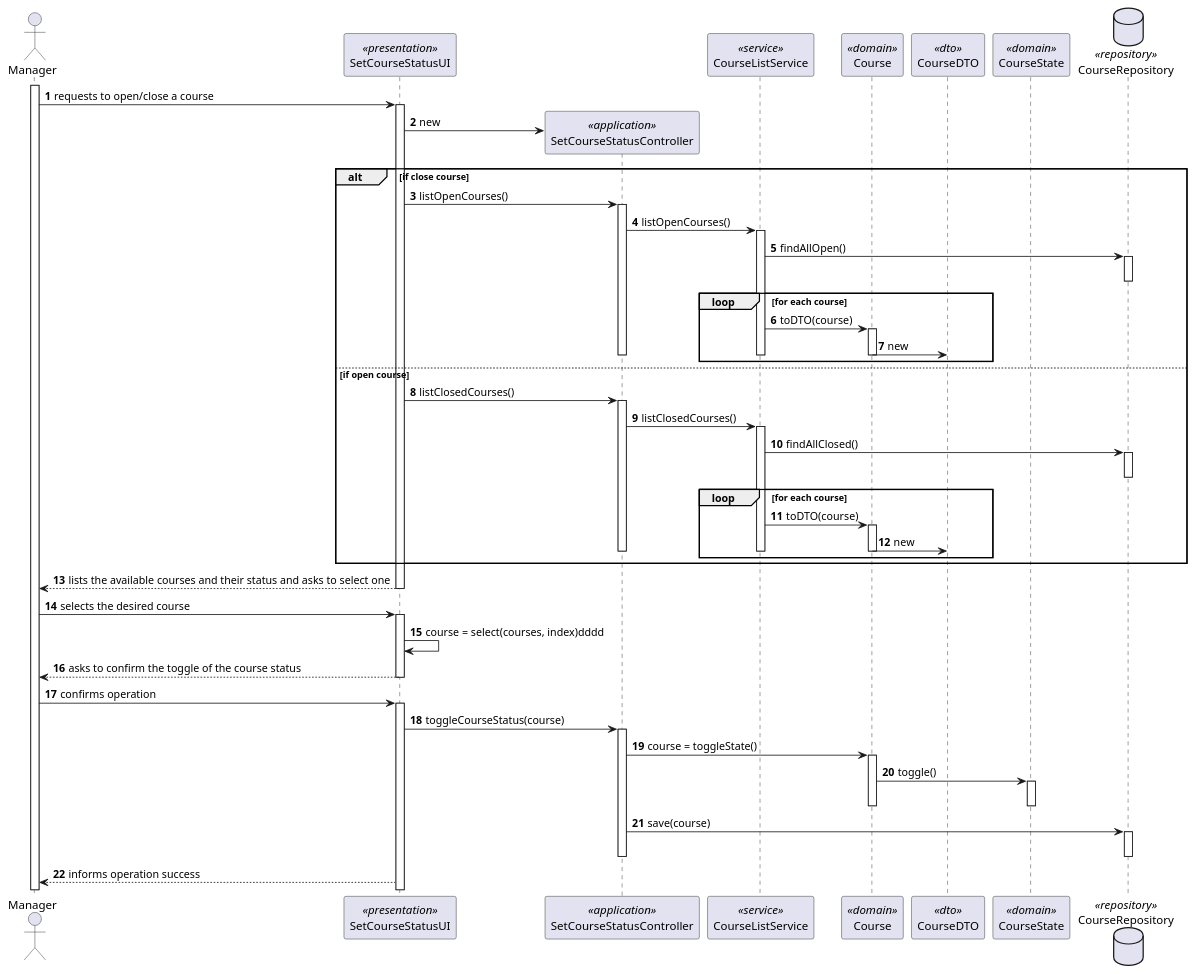
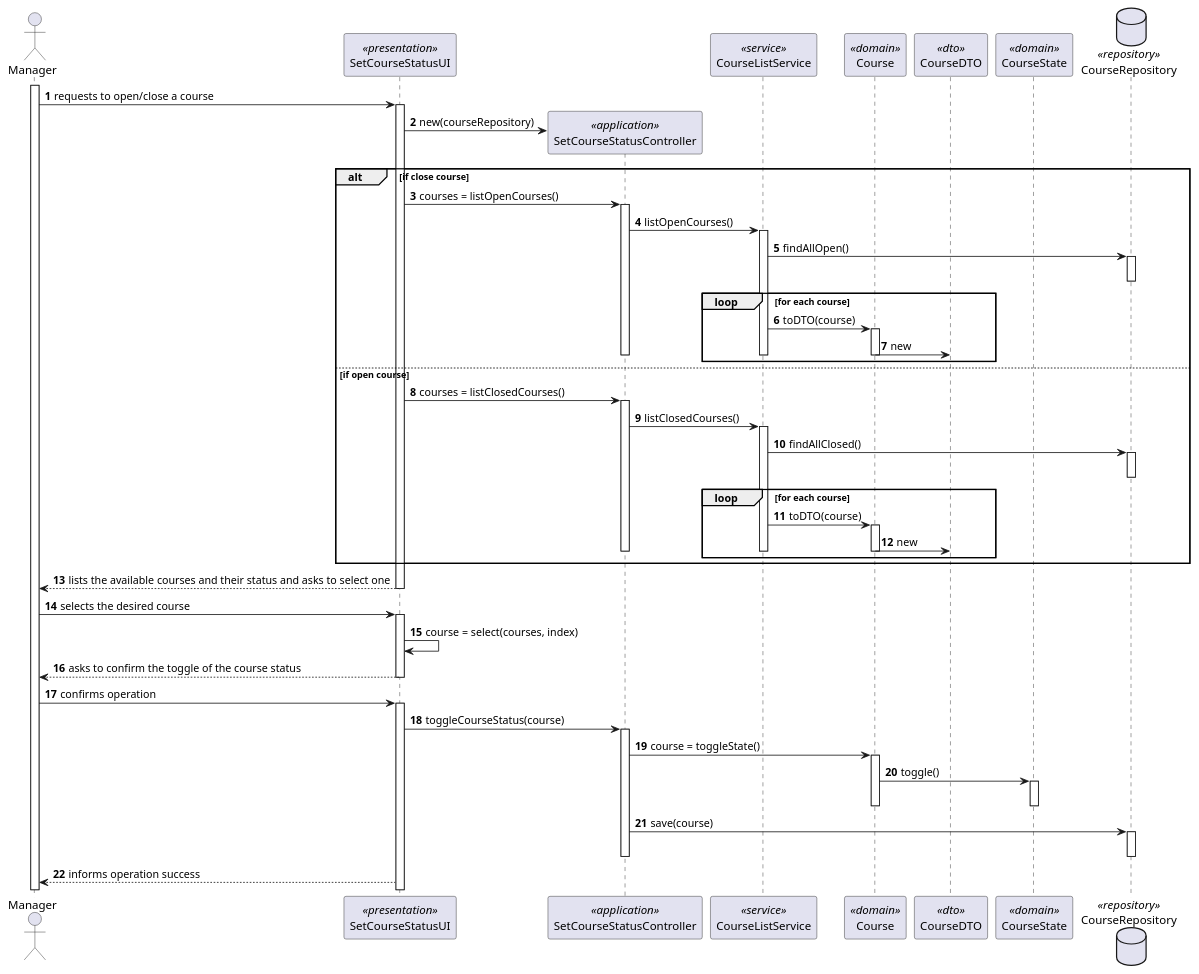
Before and after one commit to miseEnPlace-dev/lapr4: the diagram in docs/sprint-b/us10-1004/US1004_SD.puml, drawn with PlantUML. The commit also changed 6 other files, not shown here.

```diff
--- a/docs/sprint-b/us10-1004/US1004_SD.puml
+++ b/docs/sprint-b/us10-1004/US1004_SD.puml
@@ -1,97 +1,97 @@
 @startuml US1004_SD
 autonumber
 
 actor "Manager" as M
 
 participant "SetCourseStatusUI" as UI <<presentation>>
 participant "SetCourseStatusController" as CTRL <<application>>
 participant "CourseListService" as SRV <<service>>
 participant "Course" as Course <<domain>>
 participant "CourseDTO" as DTO <<dto>>
 participant "CourseState" as CourseState <<domain>>
 
 
 database CourseRepository as REPO <<repository>>
 
 activate M
 
 M -> UI: requests to open/close a course
 
 activate UI
 
-UI -> CTRL**: new
+UI -> CTRL**: new(courseRepository)
 
 alt if close course
-  UI -> CTRL: listOpenCourses()
+  UI -> CTRL: courses = listOpenCourses()
   activate CTRL
   CTRL -> SRV: listOpenCourses()
   activate SRV
   SRV -> REPO: findAllOpen()
     activate REPO
     deactivate REPO
   loop for each course
     SRV -> Course : toDTO(course)
     activate Course
     Course -> DTO : new
     deactivate SRV
     deactivate Course
     deactivate CTRL
   end loop
 else if open course
-  UI -> CTRL: listClosedCourses()
+  UI -> CTRL: courses = listClosedCourses()
   activate CTRL
   CTRL -> SRV: listClosedCourses()
   activate SRV
   SRV -> REPO: findAllClosed()
   activate REPO
   deactivate REPO
   loop for each course
     SRV -> Course : toDTO(course)
     activate Course
     Course -> DTO : new
     deactivate SRV
     deactivate Course
     deactivate CTRL
   end loop
 end
 
 UI --> M: lists the available courses and their status and asks to select one
 
 deactivate UI
 
 M -> UI: selects the desired course
 
 activate UI
 
-UI -> UI: course = select(courses, index)dddd
+UI -> UI: course = select(courses, index)
 UI --> M: asks to confirm the toggle of the course status
 
 deactivate UI
 
 M -> UI: confirms operation
 
 activate UI
 
 UI -> CTRL: toggleCourseStatus(course)
 
 activate CTRL
 
 CTRL -> Course: course = toggleState()
 
 activate Course
 
 Course -> CourseState: toggle()
 
 activate CourseState
 deactivate CourseState
 deactivate Course
 
 CTRL -> REPO: save(course)
 
 activate REPO
 deactivate REPO
 deactivate CTRL
 
 UI --> M: informs operation success
 
 @enduml
```
